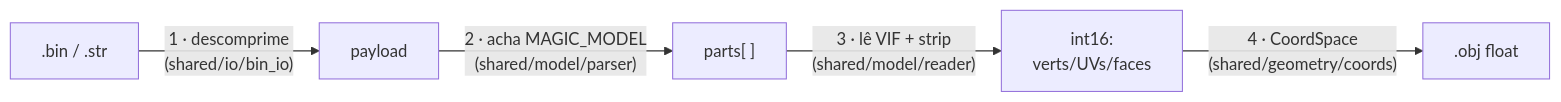
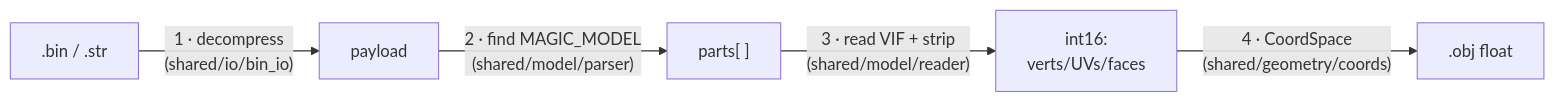
Before and after one commit to FVitor7/wepes3d: the second of 2 diagrams in docs/README.md, drawn with Mermaid. The commit also changed other lines of this file and 30 other files, not shown here.

````diff
--- a/docs/README.md
+++ b/docs/README.md
@@ -61,7 +50,7 @@
 ```mermaid
 flowchart LR
-    A[".bin / .str"] -->|"1 · descomprime<br/>(shared/io/bin_io)"| B["payload"]
-    B -->|"2 · acha MAGIC_MODEL<br/>(shared/model/parser)"| C["parts[ ]"]
-    C -->|"3 · lê VIF + strip<br/>(shared/model/reader)"| D["int16:<br/>verts/UVs/faces"]
+    A[".bin / .str"] -->|"1 · decompress<br/>(shared/io/bin_io)"| B["payload"]
+    B -->|"2 · find MAGIC_MODEL<br/>(shared/model/parser)"| C["parts[ ]"]
+    C -->|"3 · read VIF + strip<br/>(shared/model/reader)"| D["int16:<br/>verts/UVs/faces"]
     D -->|"4 · CoordSpace<br/>(shared/geometry/coords)"| E[".obj float"]
 ```
````
